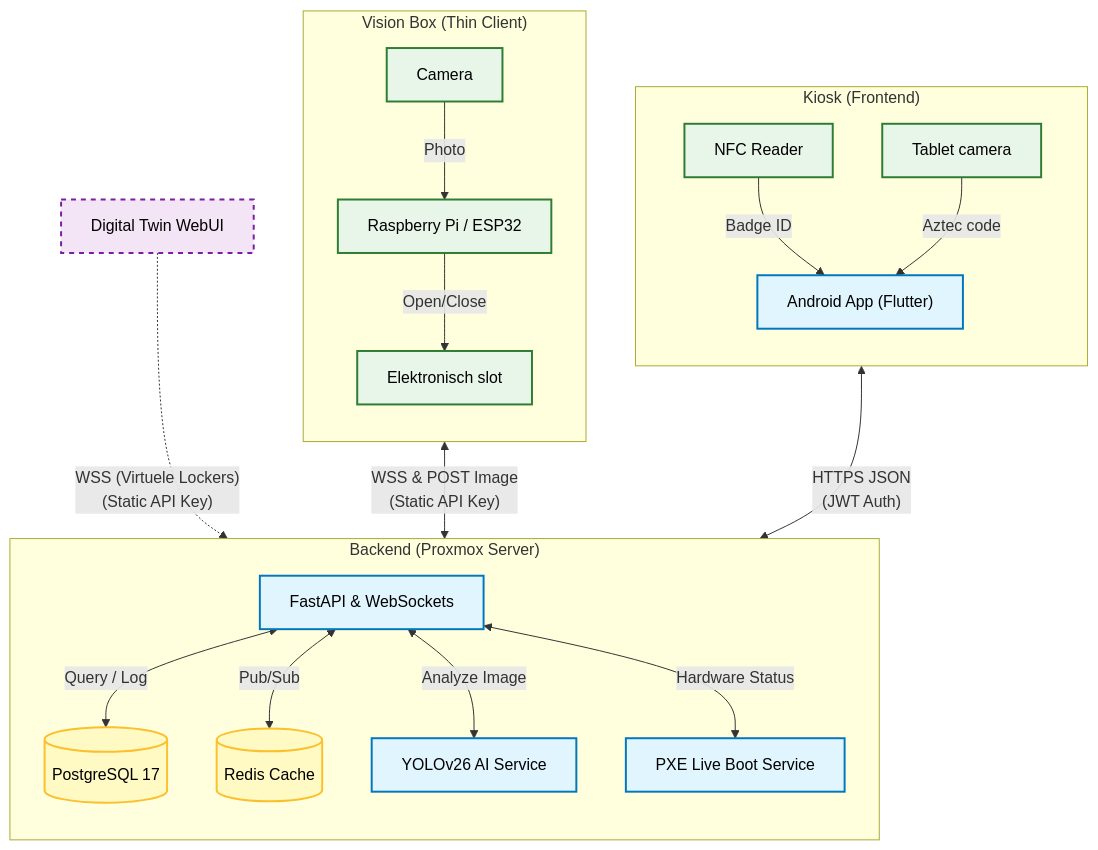
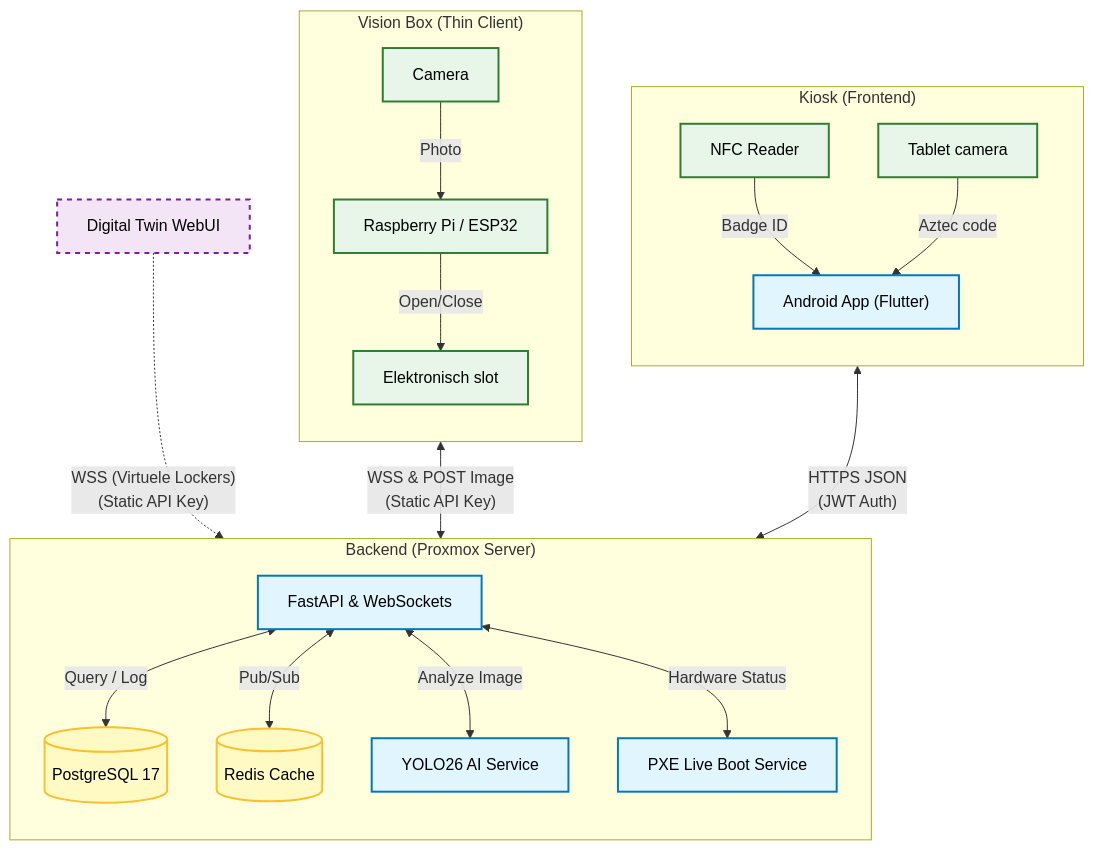
Before and after one commit to easylend-practice-enterprise/easylend: the diagram in docs/architecture_logical.mmd, drawn with Mermaid. The commit also changed 7 other files, not shown here.

Commit message:
docs: uitgebreide update architectuur, workflows, gap analysis en backend plan

```diff
--- a/docs/architecture_logical.mmd
+++ b/docs/architecture_logical.mmd
@@ -1,57 +1,57 @@
 flowchart TD
     %% STIJLEN (Corporate & Clean)
     classDef soft fill:#E1F5FE,stroke:#0277BD,stroke-width:2px,color:#000;
     classDef hard fill:#E8F5E9,stroke:#2E7D32,stroke-width:2px,color:#000;
     classDef data fill:#FFF9C4,stroke:#FBC02d,stroke-width:2px,color:#000;
     classDef sim  fill:#F3E5F5,stroke:#7B1FA2,stroke-width:2px,stroke-dasharray: 5 5,color:#000;
 
     %% --- DOMEIN 1: KIOSK (LINKS) ---
     subgraph Kiosk ["Kiosk (Frontend)"]
         direction TB
         NFC[NFC Reader]:::hard
         CamTab["Tablet camera"]:::hard
         App["Android App (Flutter)"]:::soft
         
         NFC -->|Badge ID| App
         CamTab -->|Aztec code| App
     end
 
     %% --- DOMEIN 2: BACKEND (MIDDEN) ---
     subgraph Backend ["Backend (Proxmox Server)"]
         direction TB
         API["FastAPI & WebSockets"]:::soft
-        AIService["YOLOv26 AI Service"]:::soft
+        AIService["YOLO26 AI Service"]:::soft
         PXE["PXE Live Boot Service"]:::soft
         DB[(PostgreSQL 17)]:::data
         Redis[(Redis Cache)]:::data
         
         API <-->|"Query / Log"| DB
         API <-->|"Pub/Sub"| Redis
         API <-->|"Analyze Image"| AIService
         API <-->|"Hardware Status"| PXE
     end
 
     %% --- DOMEIN 3: VISION BOX (RECHTS) ---
     subgraph Box ["Vision Box (Thin Client)"]
         direction TB
         RPi["Raspberry Pi / ESP32"]:::hard
         CamBox[Camera]:::hard
         Lock["Elektronisch slot"]:::hard
         
         CamBox -->|Photo| RPi
         RPi -->|"Open/Close"| Lock
     end
 
     %% --- SIMULATIE (ONDER) ---
     Sim["Digital Twin WebUI"]:::sim
 
     %% --- HOOFD VERBINDINGEN ---
     
     %% Kiosk praat met API
     App <-->|"HTTPS JSON<br/>(JWT Auth)"| API
 
     %% API praat met Box
     RPi <-->|"WSS & POST Image<br/>(Static API Key)"| API
 
     %% Simulatie test de API
     Sim -.->|"WSS (Virtuele Lockers)<br/>(Static API Key)"| API
```
